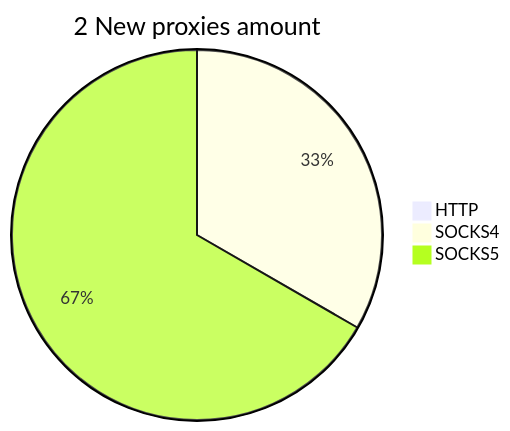
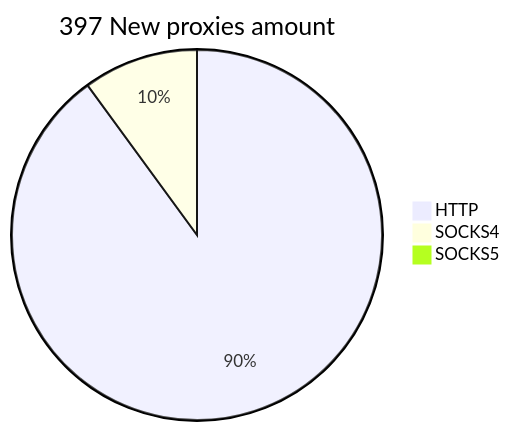
Before and after one commit to cutipu/proxylist: the second of 2 diagrams in README.md, drawn with Mermaid. The commit also changed other lines of this file, not shown here.

````diff
--- a/README.md
+++ b/README.md
@@ -10,6 +10,6 @@
 ```mermaid
-pie title 2 New proxies amount
-    "HTTP" : 0
-    "SOCKS4" : 1
-    "SOCKS5" : 2
+pie title 397 New proxies amount
+    "HTTP" : 394
+    "SOCKS4" : 44
+    "SOCKS5" : 0
 ```
````
